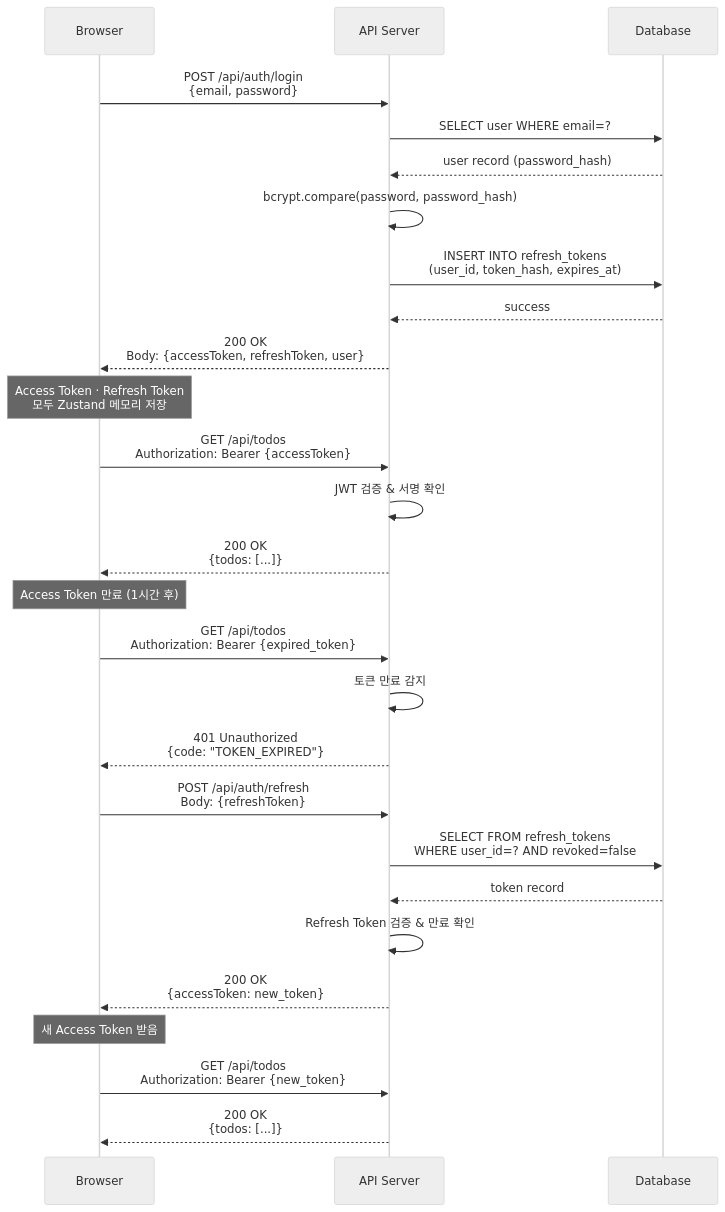
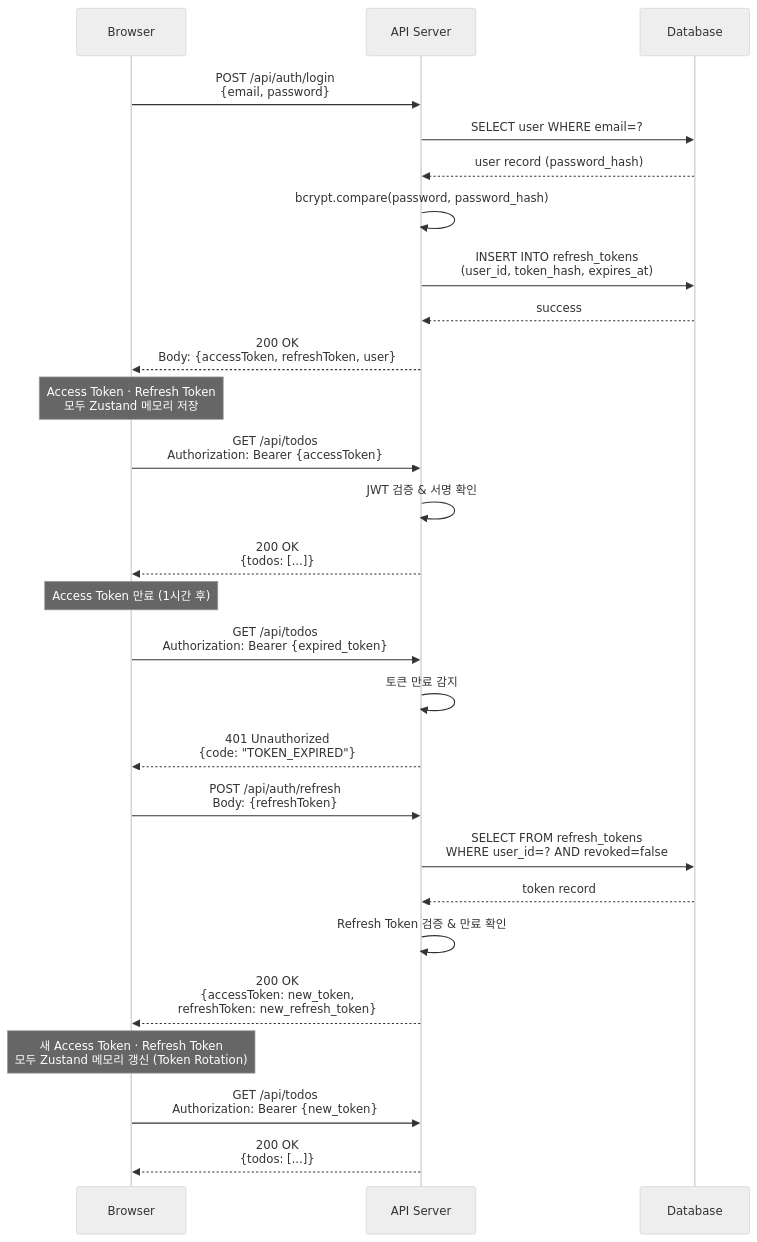
The third of 4 diagrams in docs/5-arch-diagram.md (1472kimhj-byte/todolist-app), drawn with Mermaid (neutral theme) before and after one commit. The commit also changed other lines of this file and 170 other files, not shown here.

````diff
--- a/docs/5-arch-diagram.md
+++ b/docs/5-arch-diagram.md
@@ -91,37 +93,37 @@
 ```mermaid
 sequenceDiagram
     participant Browser
     participant API as API Server
     participant DB as Database
     
     Browser->>API: POST /api/auth/login<br/>{email, password}
     API->>DB: SELECT user WHERE email=?
     DB-->>API: user record (password_hash)
     API->>API: bcrypt.compare(password, password_hash)
     API->>DB: INSERT INTO refresh_tokens<br/>(user_id, token_hash, expires_at)
     DB-->>API: success
     API-->>Browser: 200 OK<br/>Body: {accessToken, refreshToken, user}
     
     Note over Browser: Access Token · Refresh Token<br/>모두 Zustand 메모리 저장
     
     Browser->>API: GET /api/todos<br/>Authorization: Bearer {accessToken}
     API->>API: JWT 검증 & 서명 확인
     API-->>Browser: 200 OK<br/>{todos: [...]}
     
     Note over Browser: Access Token 만료 (1시간 후)
     
     Browser->>API: GET /api/todos<br/>Authorization: Bearer {expired_token}
     API->>API: 토큰 만료 감지
     API-->>Browser: 401 Unauthorized<br/>{code: "TOKEN_EXPIRED"}
     
     Browser->>API: POST /api/auth/refresh<br/>Body: {refreshToken}
     API->>DB: SELECT FROM refresh_tokens<br/>WHERE user_id=? AND revoked=false
     DB-->>API: token record
     API->>API: Refresh Token 검증 & 만료 확인
-    API-->>Browser: 200 OK<br/>{accessToken: new_token}
+    API-->>Browser: 200 OK<br/>{accessToken: new_token,<br/>refreshToken: new_refresh_token}
     
-    Note over Browser: 새 Access Token 받음
+    Note over Browser: 새 Access Token · Refresh Token<br/>모두 Zustand 메모리 갱신 (Token Rotation)
     
     Browser->>API: GET /api/todos<br/>Authorization: Bearer {new_token}
     API-->>Browser: 200 OK<br/>{todos: [...]}
 ```
````
